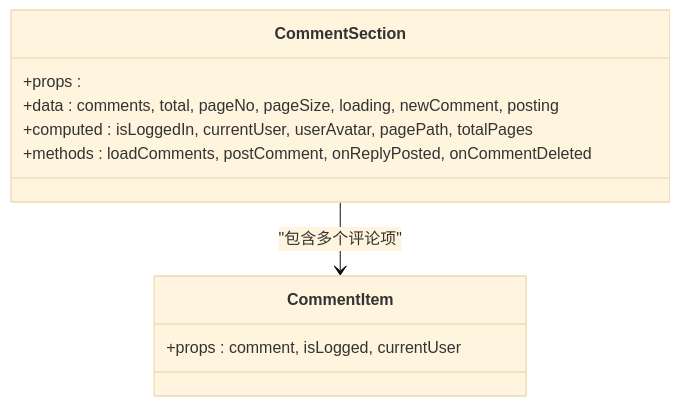
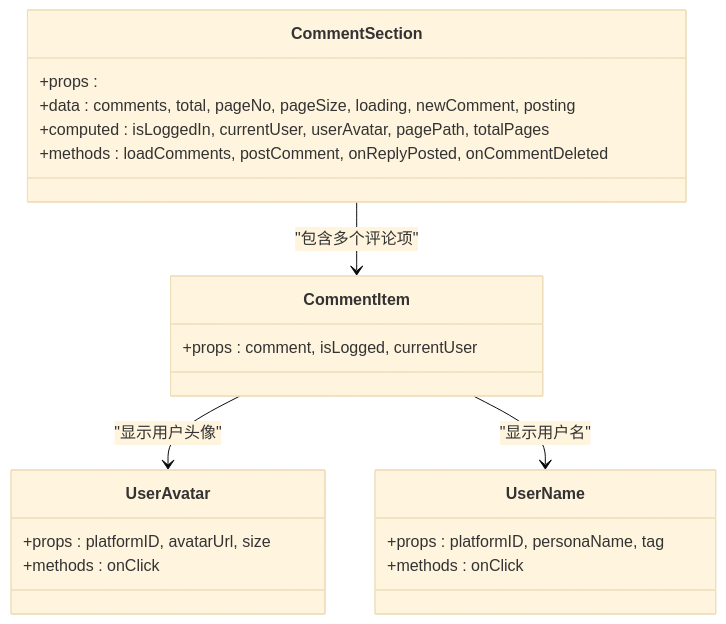
Before and after one commit to TinyMaD/SpeedRunnersLab: the sixth of 14 diagrams in .qoder/repowiki/zh/content/前端应用/UI 组件库/UI 组件库.md, drawn with Mermaid (base theme). The commit also changed other lines of this file and 9 other files, not shown here.

````diff
--- a/.qoder/repowiki/zh/content/前端应用/UI 组件库/UI 组件库.md
+++ b/.qoder/repowiki/zh/content/前端应用/UI 组件库/UI 组件库.md
@@ -262,13 +288,23 @@
 ```mermaid
 classDiagram
 class CommentSection {
 +props :
 +data : comments, total, pageNo, pageSize, loading, newComment, posting
 +computed : isLoggedIn, currentUser, userAvatar, pagePath, totalPages
 +methods : loadComments, postComment, onReplyPosted, onCommentDeleted
 }
 class CommentItem {
 +props : comment, isLogged, currentUser
 }
+class UserAvatar {
++props : platformID, avatarUrl, size
++methods : onClick
+}
+class UserName {
++props : platformID, personaName, tag
++methods : onClick
+}
 CommentSection --> CommentItem : "包含多个评论项"
+CommentItem --> UserAvatar : "显示用户头像"
+CommentItem --> UserName : "显示用户名"
 ```
````
